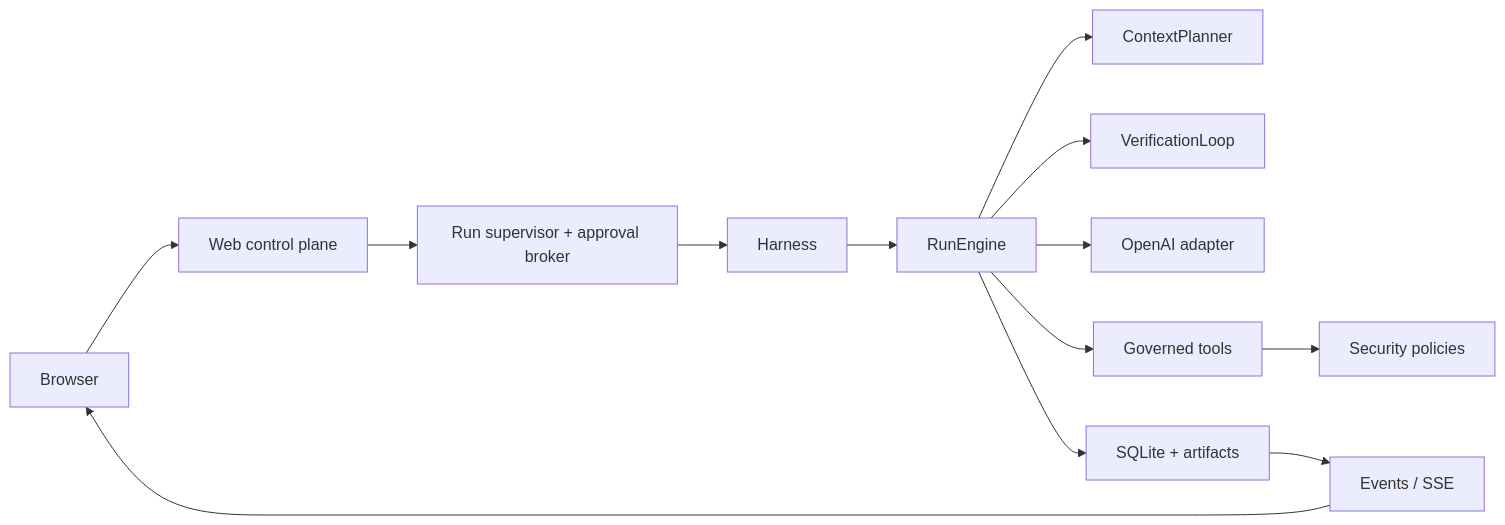
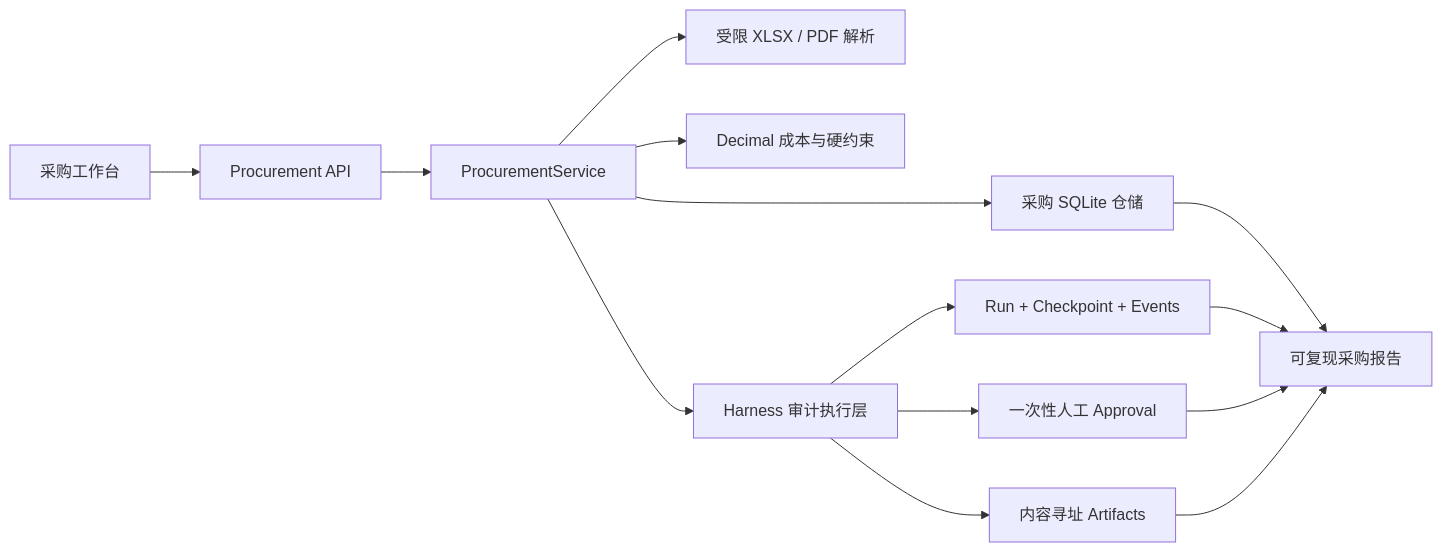
Before and after one commit to zxl666ab-sketch/agentharness: the first of 2 diagrams in docs/architecture.md, drawn with Mermaid. The commit also changed other lines of this file and 80 other files, not shown here.

````diff
--- a/docs/architecture.md
+++ b/docs/architecture.md
@@ -5,15 +5,16 @@
 ```mermaid
 flowchart LR
-    B["Browser"] --> API["Web control plane"]
-    API --> SUP["Run supervisor + approval broker"]
-    SUP --> H["Harness"]
-    H --> E["RunEngine"]
-    E --> C["ContextPlanner"]
-    E --> V["VerificationLoop"]
-    E --> P["OpenAI adapter"]
-    E --> T["Governed tools"]
-    T --> S["Security policies"]
-    E --> DB["SQLite + artifacts"]
-    DB --> SSE["Events / SSE"]
-    SSE --> B
+    B["采购工作台"] --> API["Procurement API"]
+    API --> PS["ProcurementService"]
+    PS --> PX["受限 XLSX / PDF 解析"]
+    PS --> COST["Decimal 成本与硬约束"]
+    PS --> PDB["采购 SQLite 仓储"]
+    PS --> H["Harness 审计执行层"]
+    H --> RUN["Run + Checkpoint + Events"]
+    H --> APPROVAL["一次性人工 Approval"]
+    H --> ART["内容寻址 Artifacts"]
+    PDB --> REPORT["可复现采购报告"]
+    RUN --> REPORT
+    APPROVAL --> REPORT
+    ART --> REPORT
 ```
````
